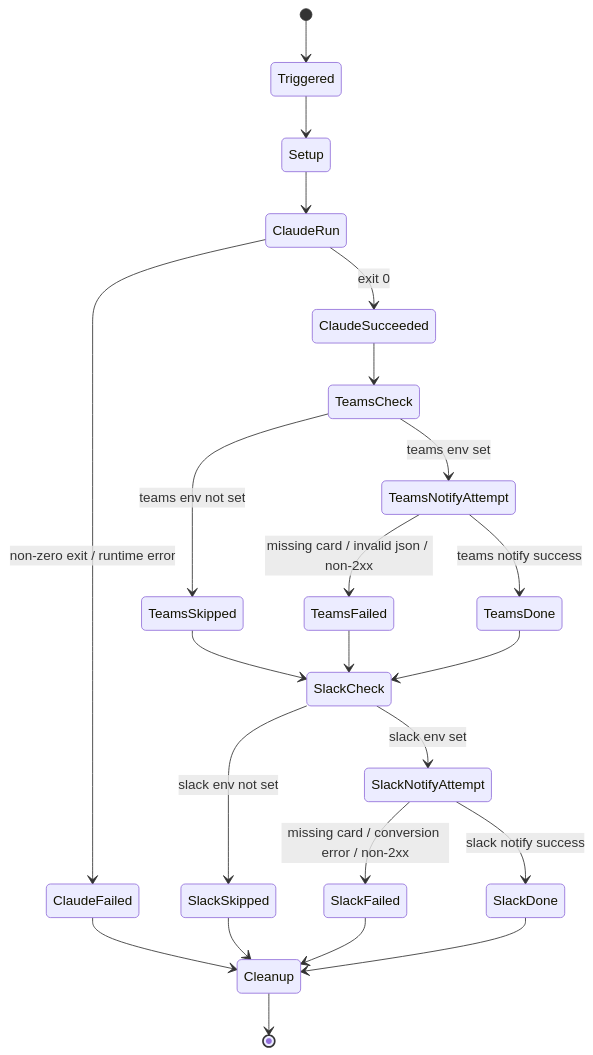
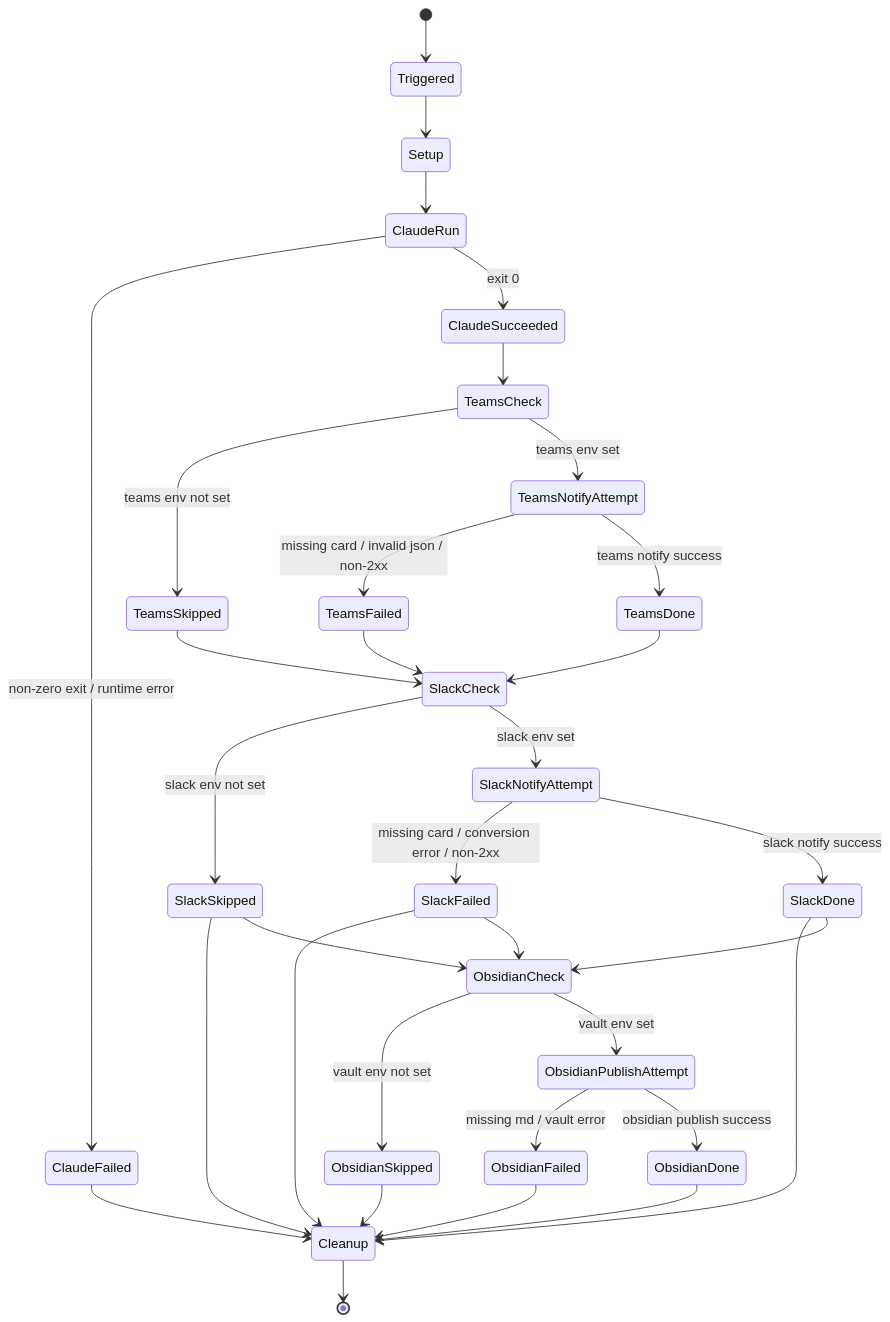
One commit to hoangsonww/ai-news-briefing changed the fourth of 4 diagrams in E2E_FLOW.md. Above: the diagram before and after it, drawn with Mermaid. The commit also changed other lines of this file and 22 other files, not shown here.

````diff
--- a/E2E_FLOW.md
+++ b/E2E_FLOW.md
@@ -240,31 +279,44 @@
 ```mermaid
 stateDiagram-v2
     [*] --> Triggered
     Triggered --> Setup
     Setup --> ClaudeRun
 
     ClaudeRun --> ClaudeFailed: non-zero exit / runtime error
     ClaudeRun --> ClaudeSucceeded: exit 0
 
     ClaudeSucceeded --> TeamsCheck
     TeamsCheck --> TeamsSkipped: teams env not set
     TeamsCheck --> TeamsNotifyAttempt: teams env set
     TeamsNotifyAttempt --> TeamsFailed: missing card / invalid json / non-2xx
     TeamsNotifyAttempt --> TeamsDone: teams notify success
 
     TeamsSkipped --> SlackCheck
     TeamsFailed --> SlackCheck
     TeamsDone --> SlackCheck
 
     SlackCheck --> SlackSkipped: slack env not set
     SlackCheck --> SlackNotifyAttempt: slack env set
     SlackNotifyAttempt --> SlackFailed: missing card / conversion error / non-2xx
     SlackNotifyAttempt --> SlackDone: slack notify success
 
     ClaudeFailed --> Cleanup
     SlackSkipped --> Cleanup
     SlackFailed --> Cleanup
     SlackDone --> Cleanup
 
+    SlackSkipped --> ObsidianCheck
+    SlackFailed --> ObsidianCheck
+    SlackDone --> ObsidianCheck
+
+    ObsidianCheck --> ObsidianSkipped: vault env not set
+    ObsidianCheck --> ObsidianPublishAttempt: vault env set
+    ObsidianPublishAttempt --> ObsidianFailed: missing md / vault error
+    ObsidianPublishAttempt --> ObsidianDone: obsidian publish success
+
+    ObsidianSkipped --> Cleanup
+    ObsidianFailed --> Cleanup
+    ObsidianDone --> Cleanup
+
     Cleanup --> [*]
 ```
````
